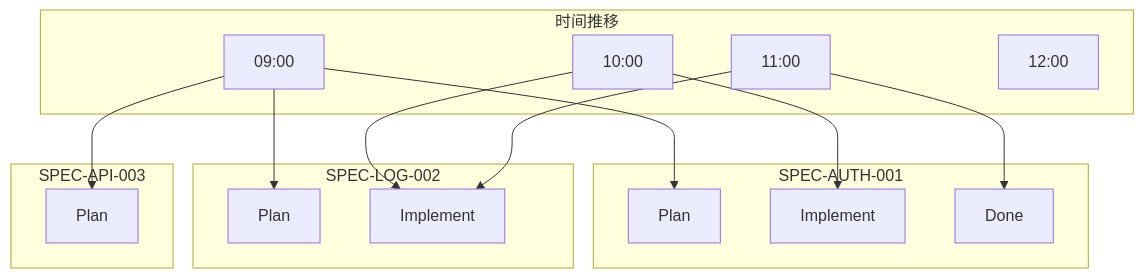
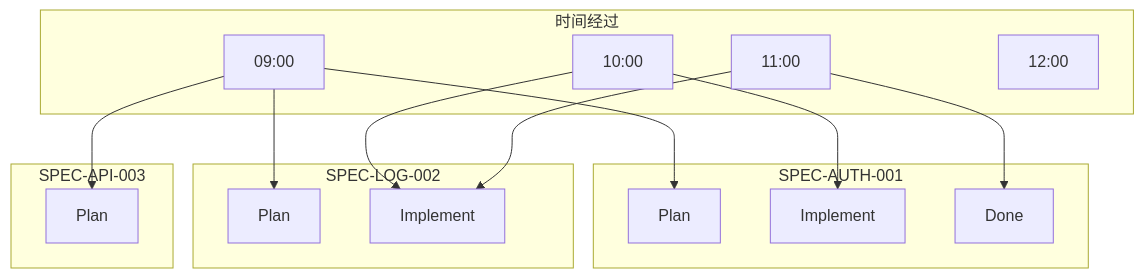
Before and after one commit to modu-ai/moai-adk: the fourth of 9 diagrams in docs-site/content/zh/worktree/faq.md, drawn with Mermaid. The commit also changed other lines of this file and 180 other files, not shown here.

````diff
--- a/docs-site/content/zh/worktree/faq.md
+++ b/docs-site/content/zh/worktree/faq.md
@@ -170,34 +166,34 @@
 ```mermaid
 graph TB
-    subgraph Time["时间推移"]
+    subgraph Time["时间经过"]
         T1[09:00]
         T2[10:00]
         T3[11:00]
         T4[12:00]
     end
 
     subgraph Worktree1["SPEC-AUTH-001"]
         W1A[Plan]
         W1B[Implement]
         W1C[Done]
     end
 
     subgraph Worktree2["SPEC-LOG-002"]
         W2A[Plan]
         W2B[Implement]
     end
 
     subgraph Worktree3["SPEC-API-003"]
         W3A[Plan]
     end
 
     T1 --> W1A
     T1 --> W2A
     T1 --> W3A
 
     T2 --> W1B
     T2 --> W2B
 
     T3 --> W1C
     T3 --> W2B
 ```
````
